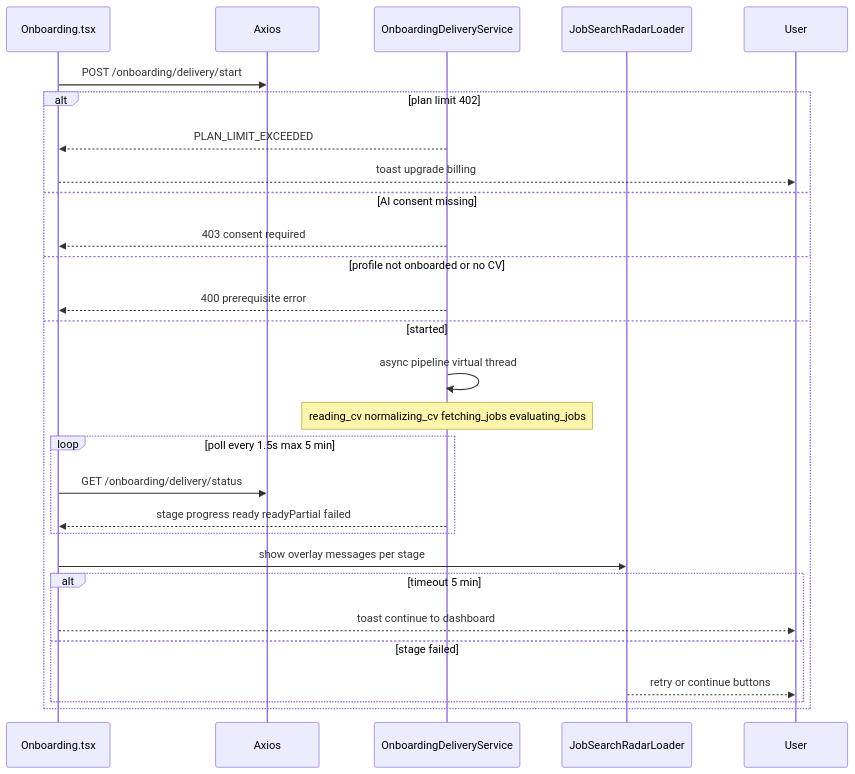
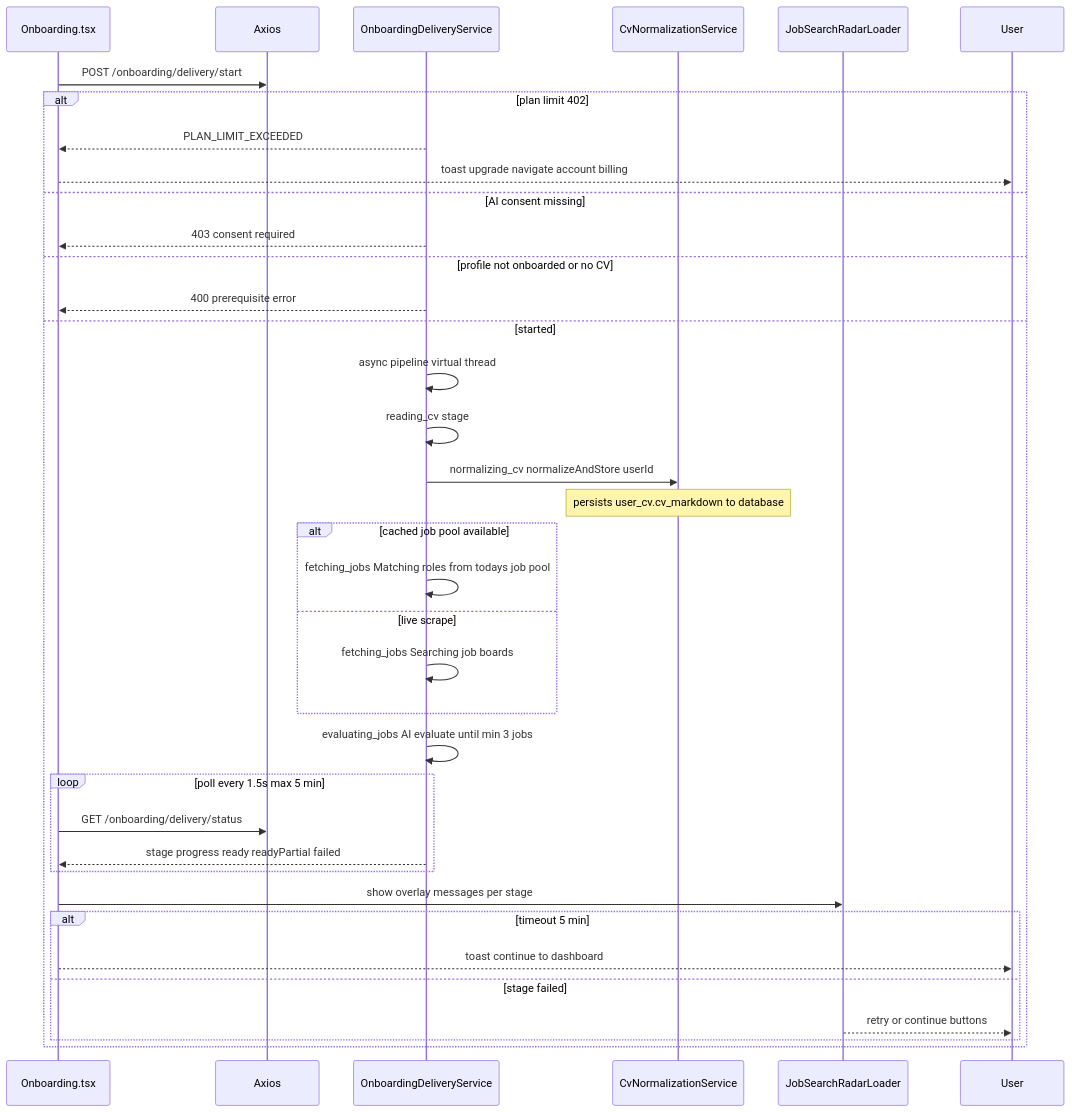
The diagram in pagesflow/signup-onboarding/diagrams/onboarding-phase6-delivery.mmd (yugandharreddybana/NewCareers), drawn with Mermaid before and after one commit. The commit also changed 24 other files, not shown here.

```diff
--- a/pagesflow/signup-onboarding/diagrams/onboarding-phase6-delivery.mmd
+++ b/pagesflow/signup-onboarding/diagrams/onboarding-phase6-delivery.mmd
@@ -1,28 +1,37 @@
 sequenceDiagram
     participant Onb as Onboarding.tsx
     participant Axios
     participant Java as OnboardingDeliveryService
+    participant Norm as CvNormalizationService
     participant Loader as JobSearchRadarLoader
 
     Onb->>Axios: POST /onboarding/delivery/start
     alt plan limit 402
         Java-->>Onb: PLAN_LIMIT_EXCEEDED
-        Onb-->>User: toast upgrade billing
+        Onb-->>User: toast upgrade navigate account billing
     else AI consent missing
         Java-->>Onb: 403 consent required
     else profile not onboarded or no CV
         Java-->>Onb: 400 prerequisite error
     else started
         Java->>Java: async pipeline virtual thread
-        Note over Java: reading_cv normalizing_cv fetching_jobs evaluating_jobs
+        Java->>Java: reading_cv stage
+        Java->>Norm: normalizing_cv normalizeAndStore userId
+        Note over Norm: persists user_cv.cv_markdown to database
+        alt cached job pool available
+            Java->>Java: fetching_jobs Matching roles from todays job pool
+        else live scrape
+            Java->>Java: fetching_jobs Searching job boards
+        end
+        Java->>Java: evaluating_jobs AI evaluate until min 3 jobs
         loop poll every 1.5s max 5 min
             Onb->>Axios: GET /onboarding/delivery/status
             Java-->>Onb: stage progress ready readyPartial failed
         end
         Onb->>Loader: show overlay messages per stage
         alt timeout 5 min
             Onb-->>User: toast continue to dashboard
         else stage failed
             Loader-->>User: retry or continue buttons
         end
     end
```
